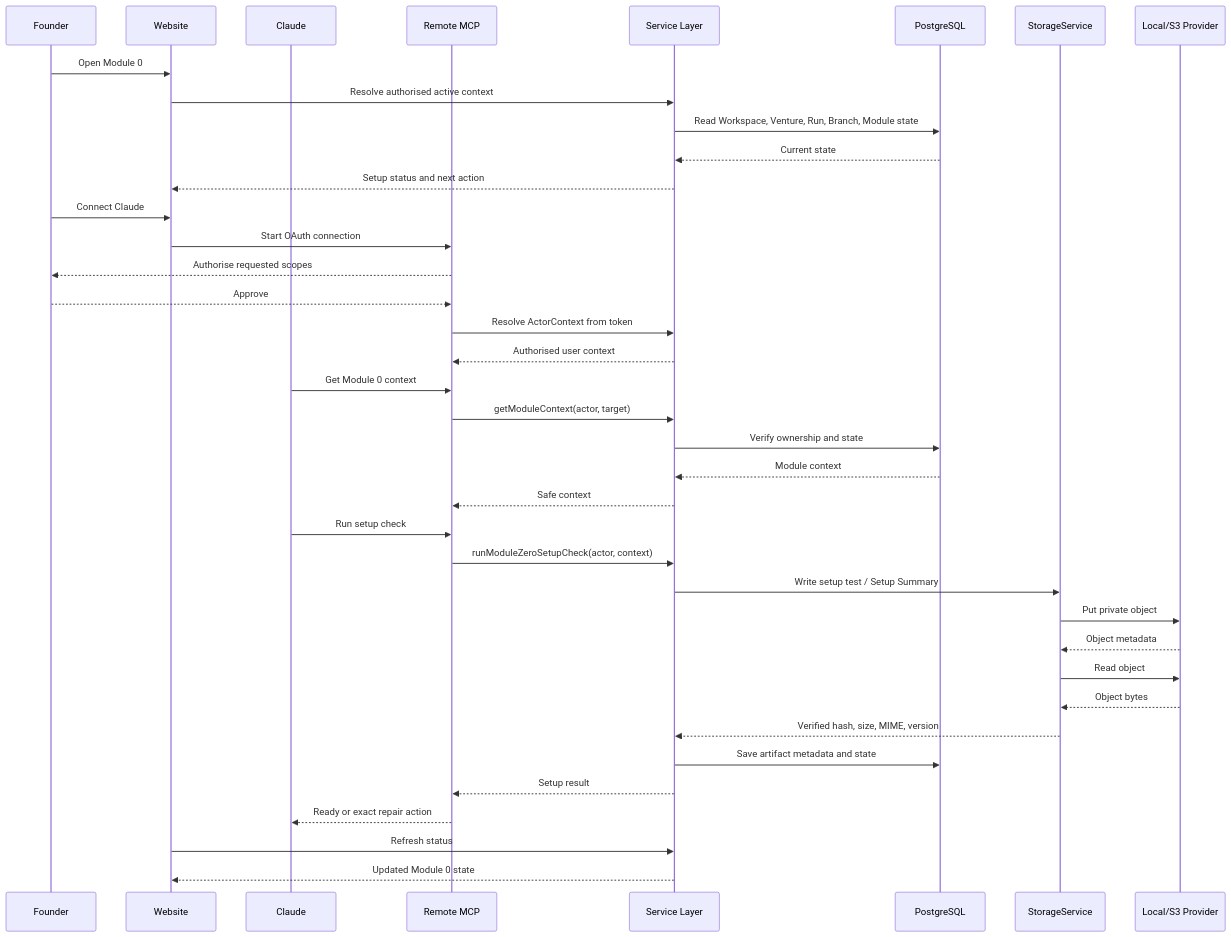
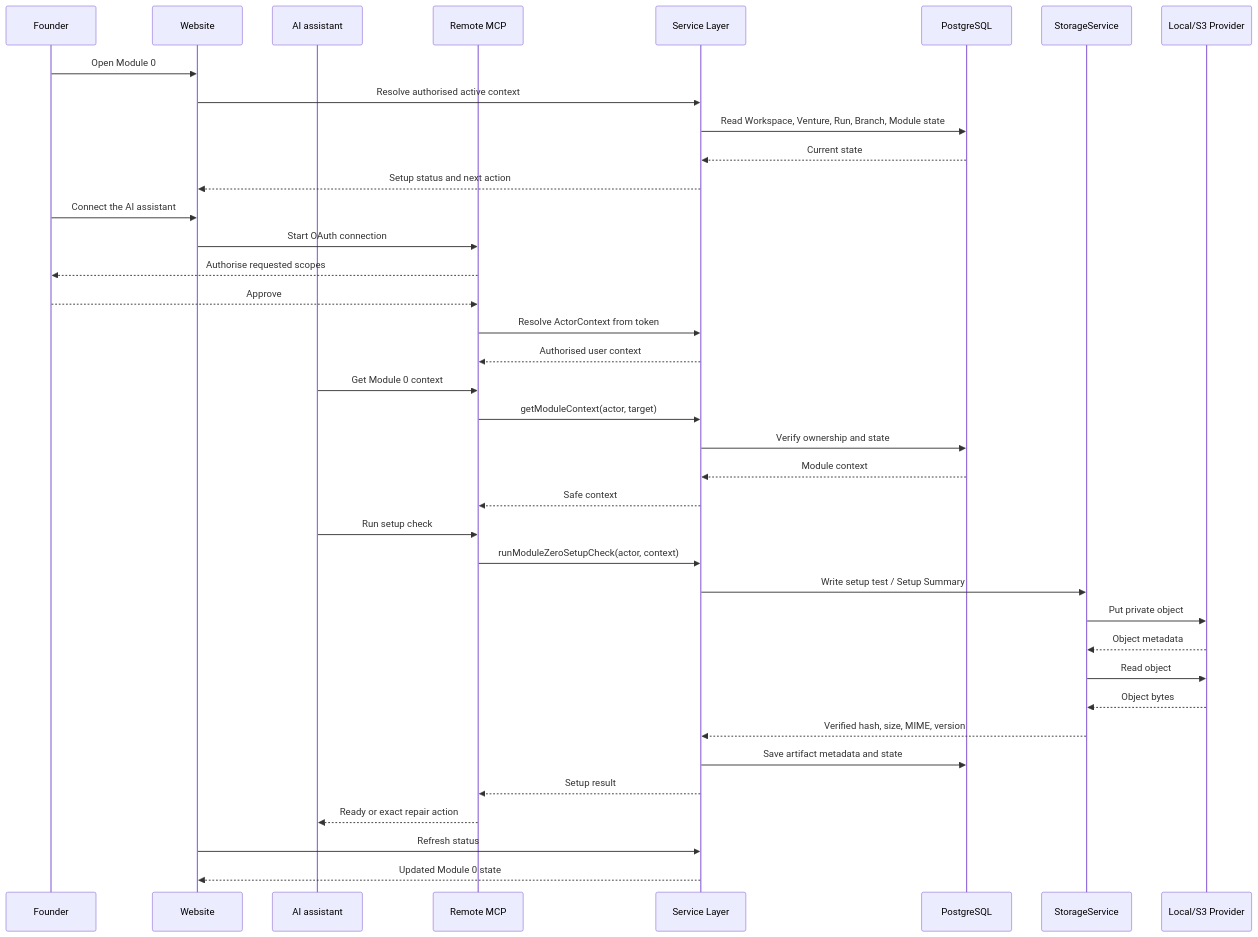
Before and after one commit to kasuganoharuga/ai-catalyst-workspace: the second of 3 diagrams in docs/product/module-0-and-module-1-workflow.md, drawn with Mermaid. The commit also changed other lines of this file and 10 other files, not shown here.

````diff
--- a/docs/product/module-0-and-module-1-workflow.md
+++ b/docs/product/module-0-and-module-1-workflow.md
@@ -384,44 +391,44 @@
 ```mermaid
 sequenceDiagram
     participant F as Founder
     participant W as Website
-    participant C as Claude
+    participant C as AI assistant
     participant M as Remote MCP
     participant S as Service Layer
     participant D as PostgreSQL
     participant O as StorageService
     participant B as Local/S3 Provider
 
     F->>W: Open Module 0
     W->>S: Resolve authorised active context
     S->>D: Read Workspace, Venture, Run, Branch, Module state
     D-->>S: Current state
     S-->>W: Setup status and next action
 
-    F->>W: Connect Claude
+    F->>W: Connect the AI assistant
     W->>M: Start OAuth connection
     M-->>F: Authorise requested scopes
     F-->>M: Approve
     M->>S: Resolve ActorContext from token
     S-->>M: Authorised user context
 
     C->>M: Get Module 0 context
     M->>S: getModuleContext(actor, target)
     S->>D: Verify ownership and state
     D-->>S: Module context
     S-->>M: Safe context
 
     C->>M: Run setup check
     M->>S: runModuleZeroSetupCheck(actor, context)
     S->>O: Write setup test / Setup Summary
     O->>B: Put private object
     B-->>O: Object metadata
     O->>B: Read object
     B-->>O: Object bytes
     O-->>S: Verified hash, size, MIME, version
     S->>D: Save artifact metadata and state
     S-->>M: Setup result
     M-->>C: Ready or exact repair action
     W->>S: Refresh status
     S-->>W: Updated Module 0 state
 ```
````
